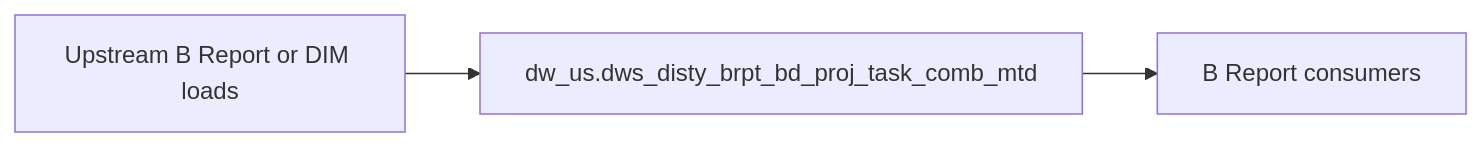
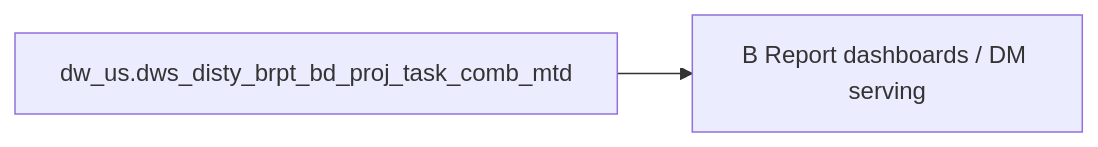
One commit to chengduhaha/data_agent changed the diagram in backend/defaults/b_report/workspace/target/knowledgebase/b-report-us/dws_disty_brpt_bd_proj_task_comb_mtd.md. Above: the diagram before and after it, drawn with Mermaid. The commit also changed other lines of this file and 1108 other files, not shown here.

````diff
--- a/backend/defaults/b_report/workspace/target/knowledgebase/b-report-us/dws_disty_brpt_bd_proj_task_comb_mtd.md
+++ b/backend/defaults/b_report/workspace/target/knowledgebase/b-report-us/dws_disty_brpt_bd_proj_task_comb_mtd.md
@@ -156,8 +559,6 @@
 ```mermaid
 flowchart LR
-  upstream[Upstream B Report or DIM loads]
-  tgt["dw_us.dws_disty_brpt_bd_proj_task_comb_mtd"]
-  brpt[B Report consumers]
-  upstream --> tgt
-  tgt --> brpt
+  dw_us_dws_disty_brpt_bd_proj_task_comb_m["dw_us.dws_disty_brpt_bd_proj_task_comb_mtd"]
+  consumers["B Report dashboards / DM serving"]
+  dw_us_dws_disty_brpt_bd_proj_task_comb_m --> consumers
 ```
````
